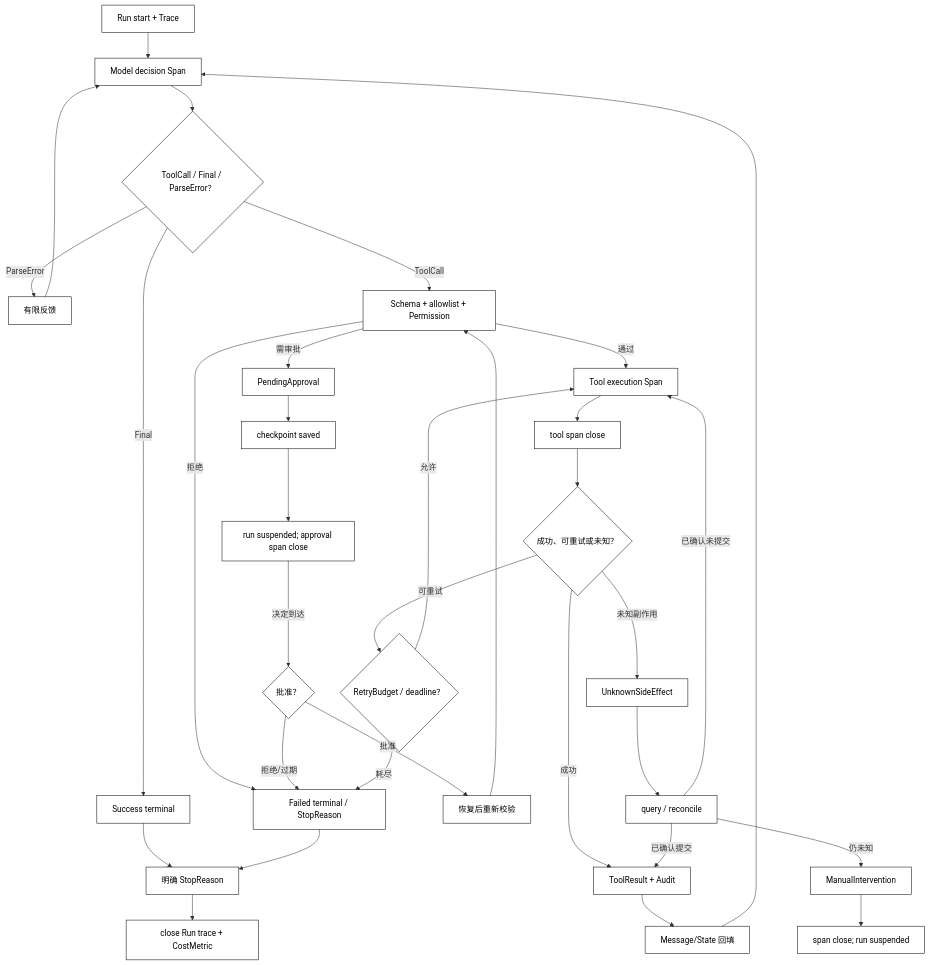
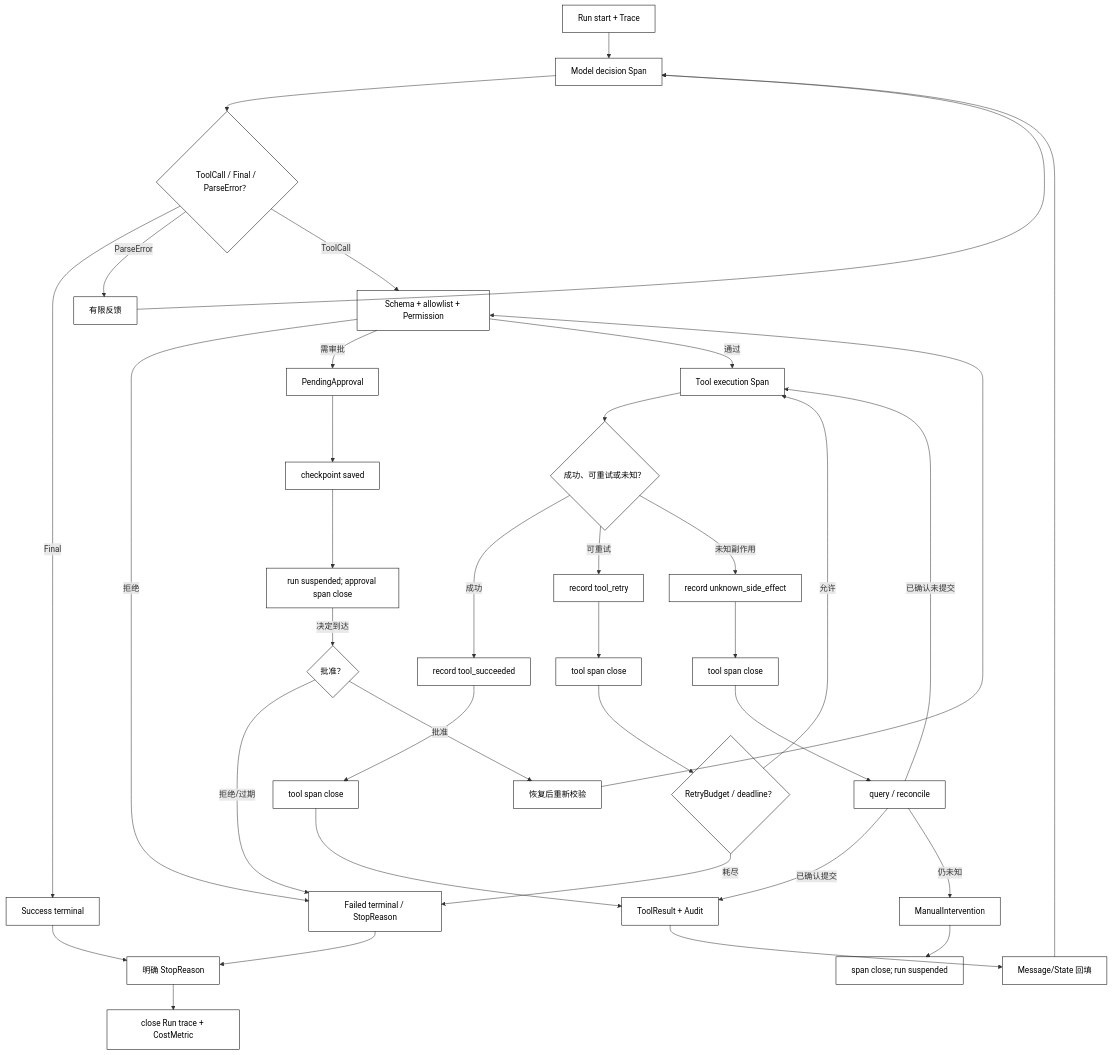
Before and after one commit to clint-sfy/clintsfy.github.io: the diagram in docs/courses/agent/04-Tool-Calling与Agent-Loop/09-完整可观测Agent-Loop.md, drawn with Mermaid. The commit also changed other lines of this file and 2 other files, not shown here.

Commit message:
docs(agent): clarify retry and trace terminal states

````diff
--- a/docs/courses/agent/04-Tool-Calling与Agent-Loop/09-完整可观测Agent-Loop.md
+++ b/docs/courses/agent/04-Tool-Calling与Agent-Loop/09-完整可观测Agent-Loop.md
@@ -29,38 +29,42 @@
 ```mermaid
 flowchart TD
     Start["Run start + Trace"] --> Model["Model decision Span"]
     Model --> Parse{"ToolCall / Final / ParseError？"}
     Parse -->|Final| Success["Success terminal"]
     Parse -->|ParseError| Feedback["有限反馈"]
     Parse -->|ToolCall| Validate["Schema + allowlist + Permission"]
     Validate -->|拒绝| Failed["Failed terminal / StopReason"]
     Validate -->|需审批| PendingApproval["PendingApproval"]
     PendingApproval --> Checkpoint["checkpoint saved"]
     Checkpoint --> ApprovalSuspended["run suspended; approval span close"]
     ApprovalSuspended -->|决定到达| ApprovalDecision{"批准？"}
     ApprovalDecision -->|拒绝/过期| Failed
     ApprovalDecision -->|批准| Recheck["恢复后重新校验"]
     Recheck --> Validate
     Validate -->|通过| Execute["Tool execution Span"]
-    Execute --> ToolSpanClosed["tool span close"]
-    ToolSpanClosed --> Outcome{"成功、可重试或未知？"}
-    Outcome -->|成功| Result["ToolResult + Audit"]
-    Outcome -->|可重试| Retry{"RetryBudget / deadline？"}
+    Execute --> Outcome{"成功、可重试或未知？"}
+    Outcome -->|成功| Succeeded["record tool_succeeded"]
+    Succeeded --> SuccessSpanClosed["tool span close"]
+    SuccessSpanClosed --> Result["ToolResult + Audit"]
+    Outcome -->|可重试| Retryable["record tool_retry"]
+    Retryable --> RetrySpanClosed["tool span close"]
+    RetrySpanClosed --> Retry{"RetryBudget / deadline？"}
     Retry -->|允许| Execute
     Retry -->|耗尽| Failed
-    Outcome -->|未知副作用| UnknownSideEffect["UnknownSideEffect"]
-    UnknownSideEffect --> Query["query / reconcile"]
+    Outcome -->|未知副作用| UnknownSideEffect["record unknown_side_effect"]
+    UnknownSideEffect --> UnknownSpanClosed["tool span close"]
+    UnknownSpanClosed --> Query["query / reconcile"]
     Query -->|已确认提交| Result
     Query -->|已确认未提交| Execute
     Query -->|仍未知| ManualIntervention["ManualIntervention"]
     ManualIntervention --> ManualSuspended["span close; run suspended"]
     Result --> Backfill["Message/State 回填"]
     Backfill --> Model
     Feedback --> Model
     Success --> StopReason["明确 StopReason"]
     Failed --> StopReason
     StopReason --> RunClosed["close Run trace + CostMetric"]
 
     classDef core fill:transparent,stroke:currentColor,color:currentColor,stroke-width:1px;
-    class Start,Model,Parse,Success,Feedback,Validate,Failed,PendingApproval,Checkpoint,ApprovalSuspended,ApprovalDecision,Recheck,Execute,ToolSpanClosed,Outcome,Retry,Result,UnknownSideEffect,Query,ManualIntervention,ManualSuspended,Backfill,StopReason,RunClosed core;
+    class Start,Model,Parse,Success,Feedback,Validate,Failed,PendingApproval,Checkpoint,ApprovalSuspended,ApprovalDecision,Recheck,Execute,Outcome,Succeeded,SuccessSpanClosed,Retryable,RetrySpanClosed,Retry,Result,UnknownSideEffect,UnknownSpanClosed,Query,ManualIntervention,ManualSuspended,Backfill,StopReason,RunClosed core;
 ```
````
